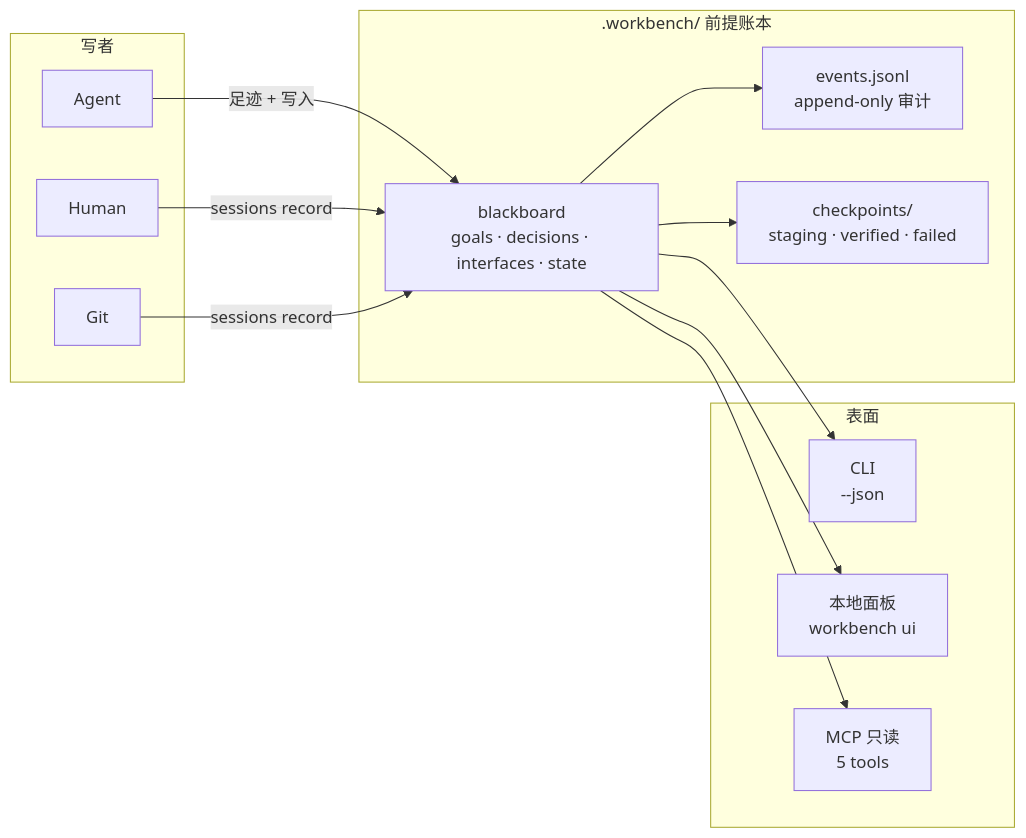
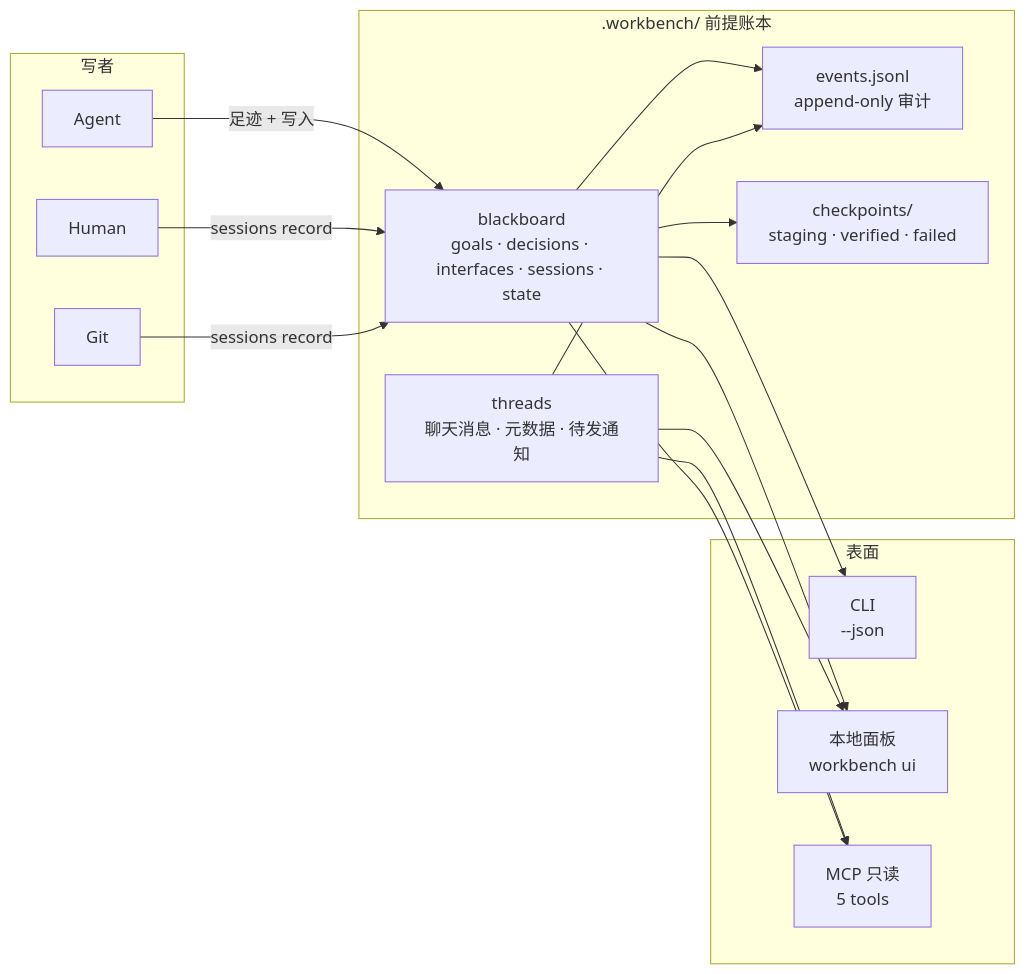
Before and after one commit to Baixu22/VerseSpace: the first of 4 diagrams in README.md, drawn with Mermaid. The commit also changed other lines of this file and 8 other files, not shown here.

````diff
--- a/README.md
+++ b/README.md
@@ -99,29 +111,33 @@
 ```mermaid
 flowchart LR
   subgraph writers [写者]
     A[Agent]
     H[Human]
     G[Git]
   end
 
   subgraph ledger [.workbench/ 前提账本]
-    BB[blackboard<br/>goals · decisions · interfaces · state]
+    BB[blackboard<br/>goals · decisions · interfaces · sessions · state]
+    TH[threads<br/>聊天消息 · 元数据 · 待发通知]
     EV[events.jsonl<br/>append-only 审计]
     CP[checkpoints/<br/>staging · verified · failed]
   end
 
   subgraph surfaces [表面]
     CLI[CLI<br/>--json]
     UI[本地面板<br/>workbench ui]
     MCP[MCP 只读<br/>5 tools]
   end
 
   A -->|足迹 + 写入| BB
   H -->|sessions record| BB
   G -->|sessions record| BB
   BB --> EV
+  TH --> EV
   BB --> CP
   BB --> CLI
   BB --> UI
+  TH --> UI
+  TH --> MCP
   BB --> MCP
 ```
````
